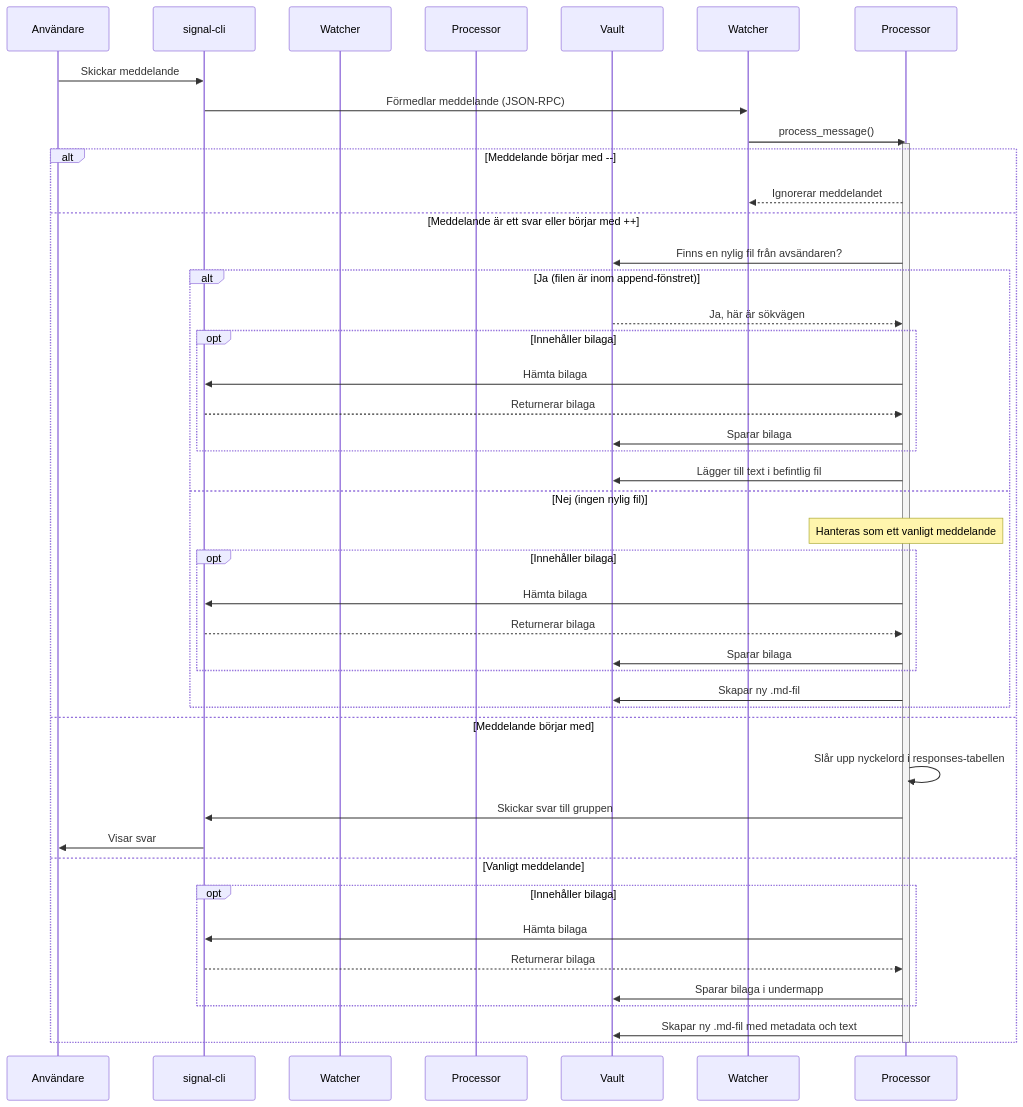
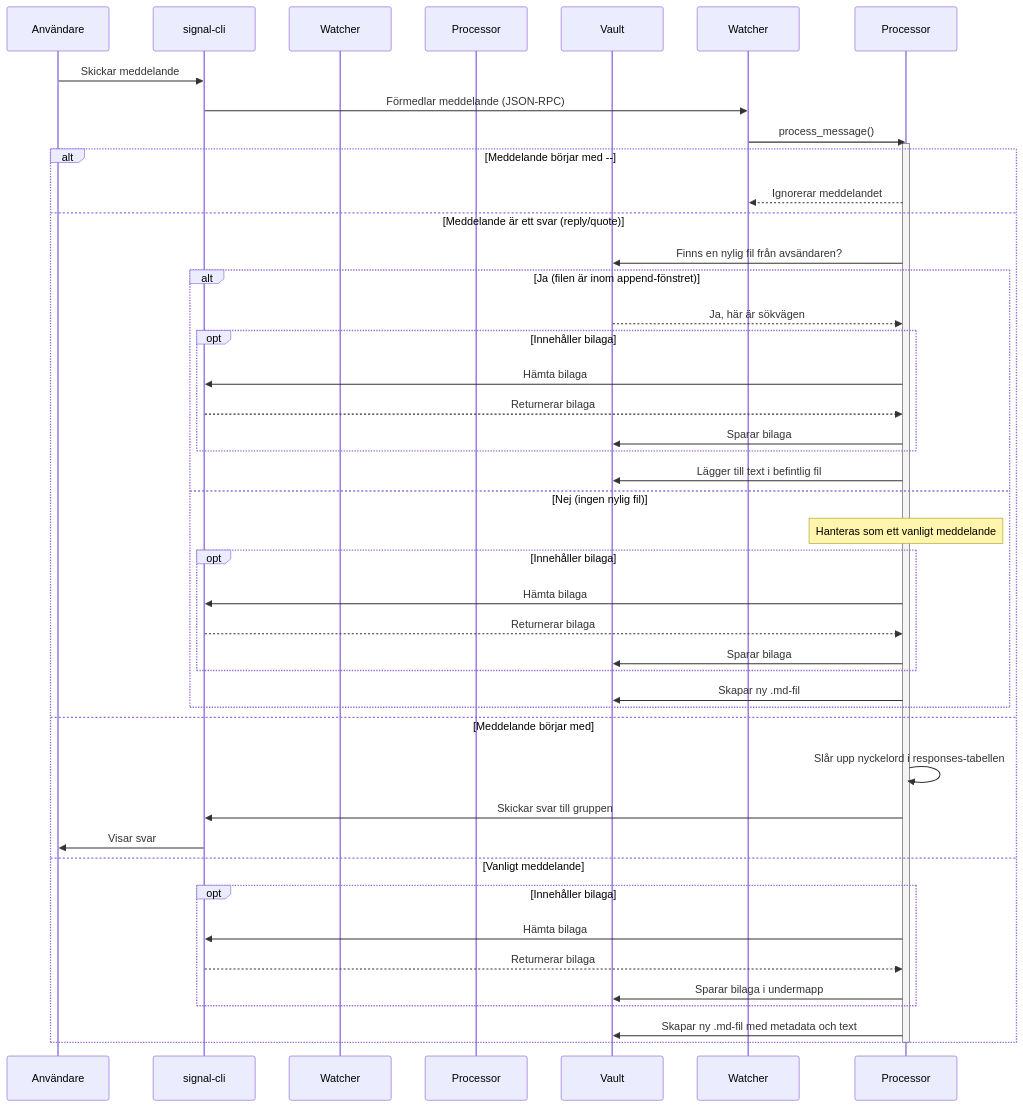
One commit to HvSS-Innovation/oden changed the diagram in docs/FEATURES.md. Above: the diagram before and after it, drawn with Mermaid. The commit also changed other lines of this file and 7 other files, not shown here.

````diff
--- a/docs/FEATURES.md
+++ b/docs/FEATURES.md
@@ -60,54 +60,54 @@
 ```mermaid
 sequenceDiagram
     participant Användare
     participant signal-cli
     participant oden/s7_watcher.py as Watcher
     participant oden/processing.py as Processor
     participant Vault
 
     Användare->>signal-cli: Skickar meddelande
     signal-cli->>Watcher: Förmedlar meddelande (JSON-RPC)
     Watcher->>Processor: process_message()
 
     activate Processor
 
     alt Meddelande börjar med --
         Processor-->>Watcher: Ignorerar meddelandet
 
-    else Meddelande är ett svar eller börjar med ++
+    else Meddelande är ett svar (reply/quote)
         Processor->>Vault: Finns en nylig fil från avsändaren?
 
         alt Ja (filen är inom append-fönstret)
             Vault-->>Processor: Ja, här är sökvägen
             opt Innehåller bilaga
                 Processor->>signal-cli: Hämta bilaga
                 signal-cli-->>Processor: Returnerar bilaga
                 Processor->>Vault: Sparar bilaga
             end
             Processor->>Vault: Lägger till text i befintlig fil
 
         else Nej (ingen nylig fil)
             Note over Processor: Hanteras som ett vanligt meddelande
             opt Innehåller bilaga
                 Processor->>signal-cli: Hämta bilaga
                 signal-cli-->>Processor: Returnerar bilaga
                 Processor->>Vault: Sparar bilaga
             end
             Processor->>Vault: Skapar ny .md-fil
         end
 
     else Meddelande börjar med # (kommando)
         Processor->>Processor: Slår upp nyckelord i responses-tabellen
         Processor->>signal-cli: Skickar svar till gruppen
         signal-cli->>Användare: Visar svar
 
     else Vanligt meddelande
         opt Innehåller bilaga
             Processor->>signal-cli: Hämta bilaga
             signal-cli-->>Processor: Returnerar bilaga
             Processor->>Vault: Sparar bilaga i undermapp
         end
         Processor->>Vault: Skapar ny .md-fil med metadata och text
     end
     deactivate Processor
 ```
````
